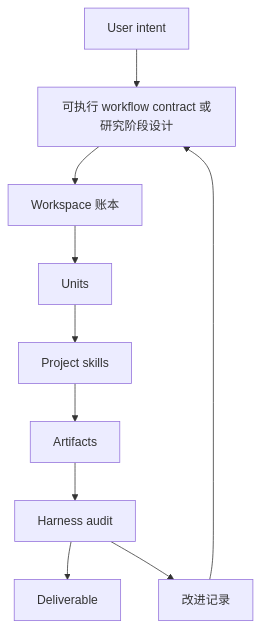
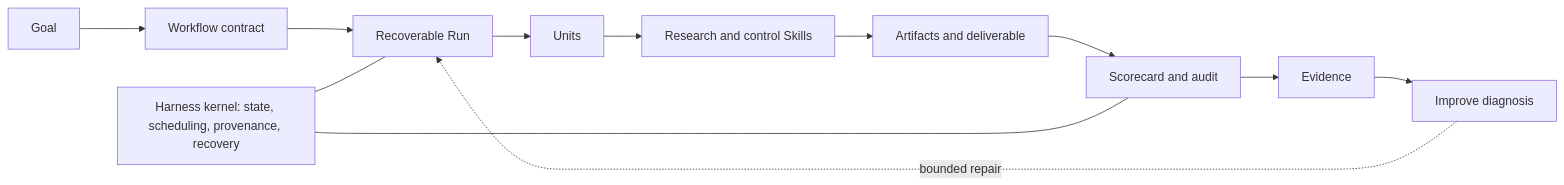
One commit to WILLOSCAR/research-units-pipeline-skills changed the diagram in README.zh-CN.md. Above: the diagram before and after it, drawn with Mermaid. The commit also changed other lines of this file and 697 other files, not shown here.

Commit message:
feat: consolidate the auto research harness

````diff
--- a/README.zh-CN.md
+++ b/README.zh-CN.md
@@ -44,12 +85,15 @@
 ```mermaid
-flowchart TD
-    A["User intent"] --> B["可执行 workflow contract 或研究阶段设计"]
-    B --> C["Workspace 账本"]
-    C --> D["Units"]
-    D --> E["Project skills"]
-    E --> F["Artifacts"]
-    F --> G["Harness audit"]
-    G --> H["Deliverable"]
-    G --> I["改进记录"]
-    I --> B
+flowchart LR
+    G["Goal"] --> W["Workflow contract"]
+    W --> R["Recoverable Run"]
+    R --> U["Units"]
+    U --> S["Research and control Skills"]
+    S --> A["Artifacts and deliverable"]
+    A --> Q["Scorecard and audit"]
+    Q --> E["Evidence"]
+    E --> I["Improve diagnosis"]
+    I -. "bounded repair" .-> R
+
+    H["Harness kernel: state, scheduling, provenance, recovery"] --- R
+    H --- Q
 ```
````
